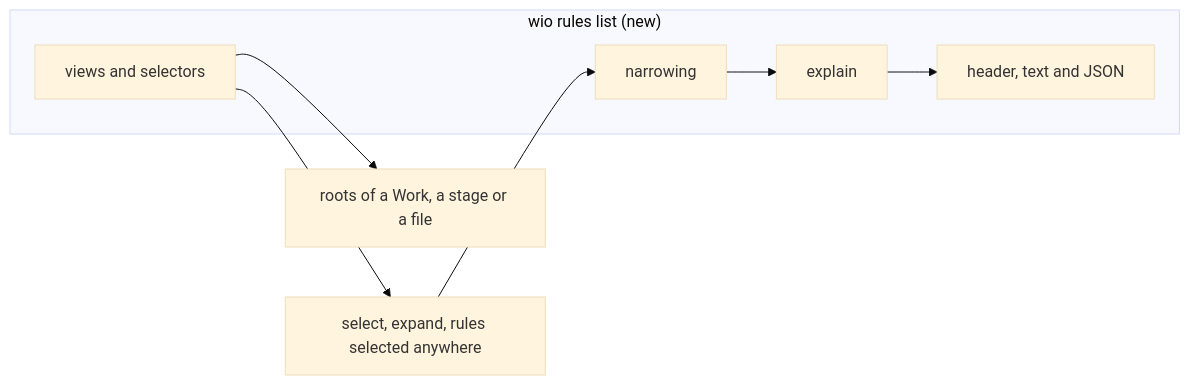
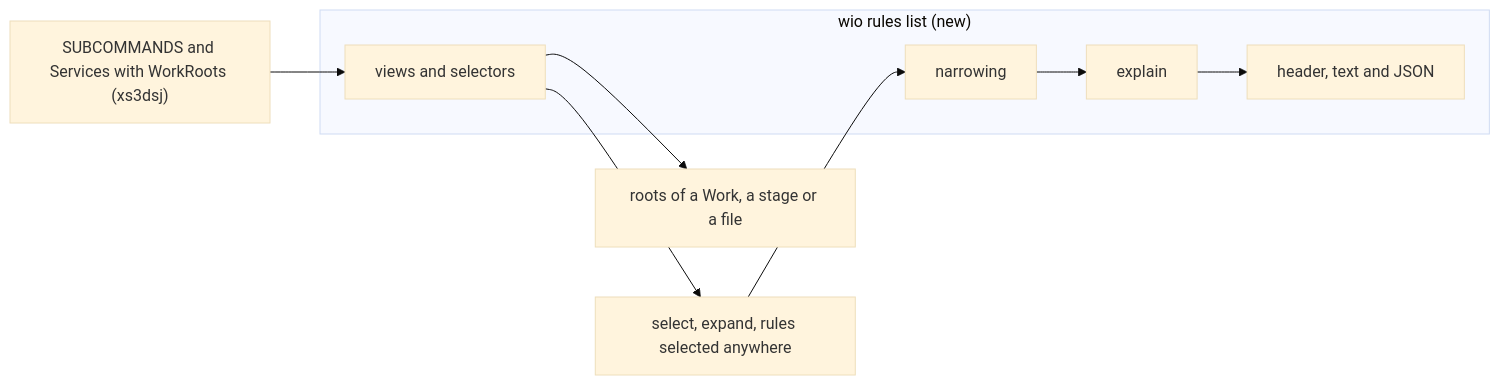
One commit to msitarz/wio changed the second of 2 diagrams in .agents/wio/works/wio-rules/list/README.md. Above: the diagram before and after it, drawn with Mermaid (base theme). The commit also changed other lines of this file and 8 other files, not shown here.

````diff
--- a/.agents/wio/works/wio-rules/list/README.md
+++ b/.agents/wio/works/wio-rules/list/README.md
@@ -104,16 +128,18 @@
 ```mermaid
 flowchart LR
     subgraph lst["wio rules list (new)"]
         views["views and selectors"]
         narrow["narrowing"]
         explain["explain"]
         render["header, text and JSON"]
     end
     sel["select, expand, rules selected anywhere"]
     roots["roots of a Work, a stage or a file"]
+    shell["SUBCOMMANDS and Services with WorkRoots (xs3dsj)"]
+    shell --> views
     views --> roots
     views --> sel
     sel --> narrow
     narrow --> explain
     explain --> render
 ```
````
